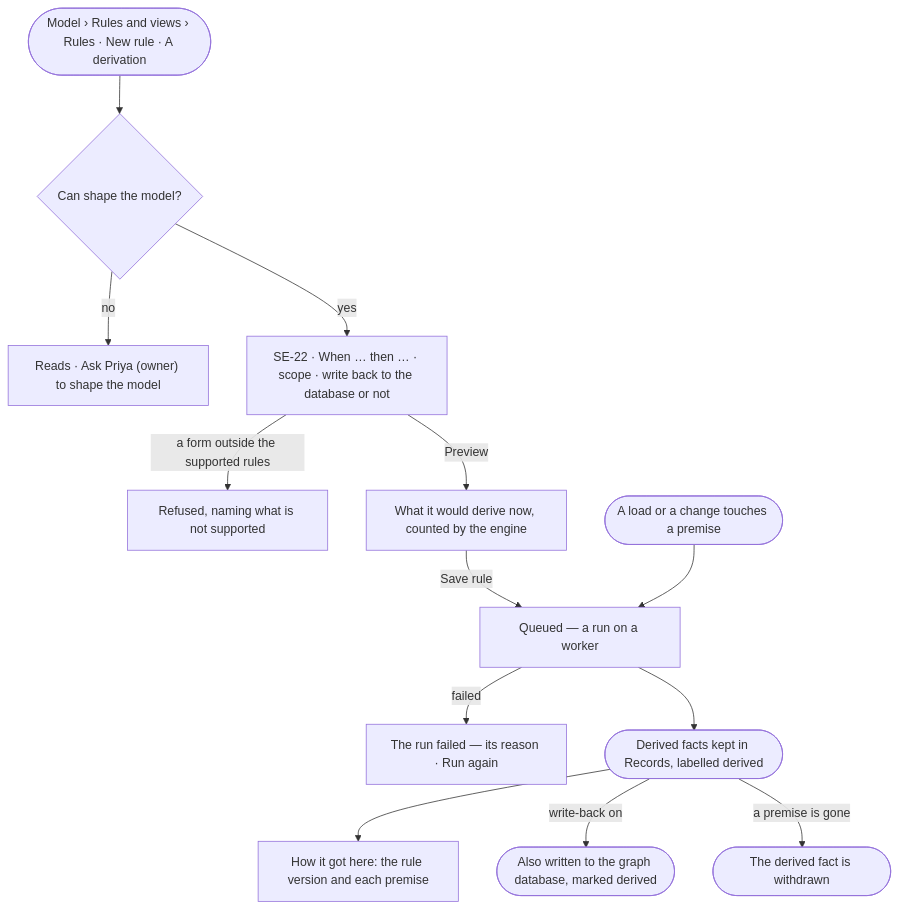
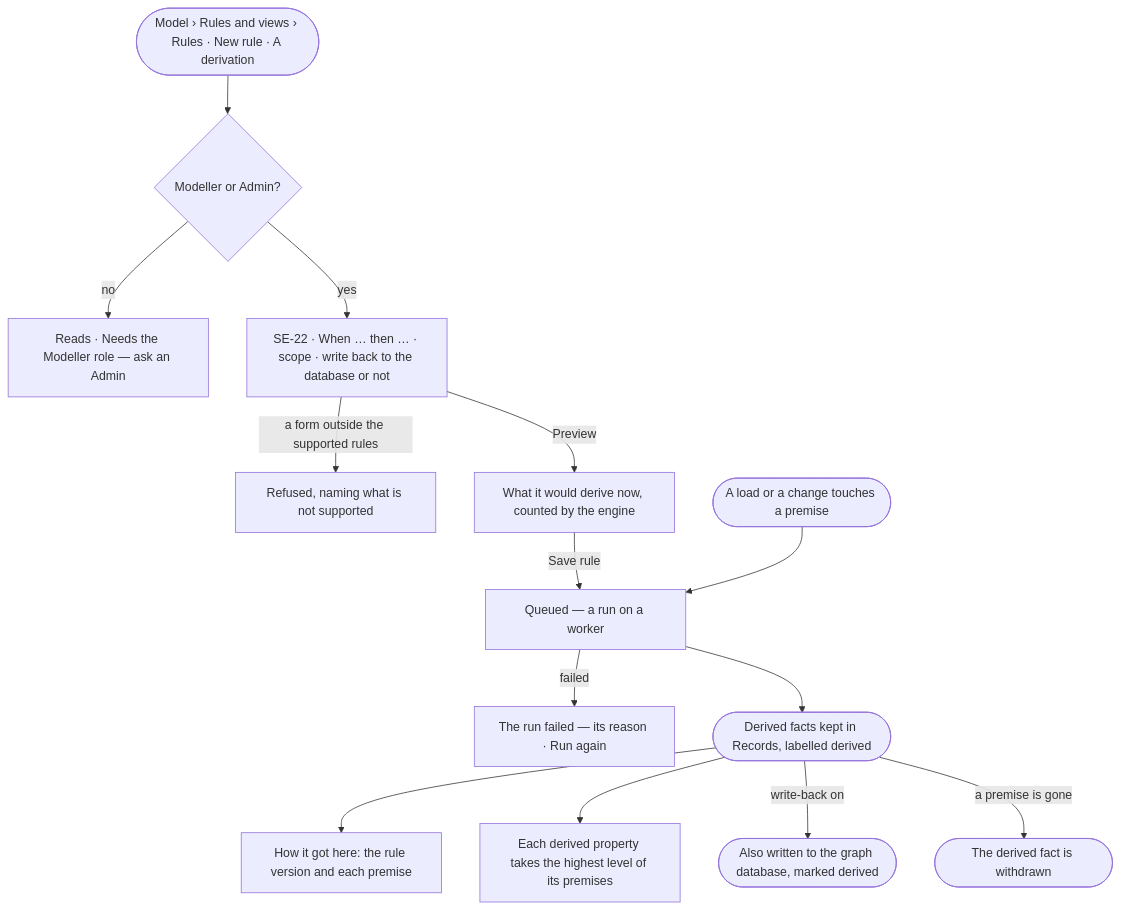
One commit to invana/invana changed the first of 2 diagrams in specs/capabilities/semantics/features/SE-F08-inference/feature.md. Above: the diagram before and after it, drawn with Mermaid. The commit also changed other lines of this file and 300 other files, not shown here.

````diff
--- a/specs/capabilities/semantics/features/SE-F08-inference/feature.md
+++ b/specs/capabilities/semantics/features/SE-F08-inference/feature.md
@@ -22,15 +22,16 @@
 ```mermaid
 flowchart TD
-  start([Model › Rules and views › Rules · New rule · A derivation]) --> may{Can shape the model?}
-  may -->|no| na["Reads · Ask Priya (owner) to shape the model"]
+  start([Model › Rules and views › Rules · New rule · A derivation]) --> may{Modeller or Admin?}
+  may -->|no| na["Reads · Needs the Modeller role — ask an Admin"]
   may -->|yes| d["SE-22 · When … then … · scope · write back to the database or not"]
   d -->|a form outside the supported rules| bad["Refused, naming what is not supported"]
   d -->|Preview| pv["What it would derive now, counted by the engine"]
   pv -->|Save rule| q["Queued — a run on a worker"]
   q -->|failed| ff["The run failed — its reason · Run again"]
   q --> r(["Derived facts kept in Records, labelled derived"])
   r --> h["How it got here: the rule version and each premise"]
+  r --> lv["Each derived property takes the highest level of its premises"]
   r -->|write-back on| wb(["Also written to the graph database, marked derived"])
   ch([A load or a change touches a premise]) --> q
   r -->|a premise is gone| rm(["The derived fact is withdrawn"])
 ```
````
